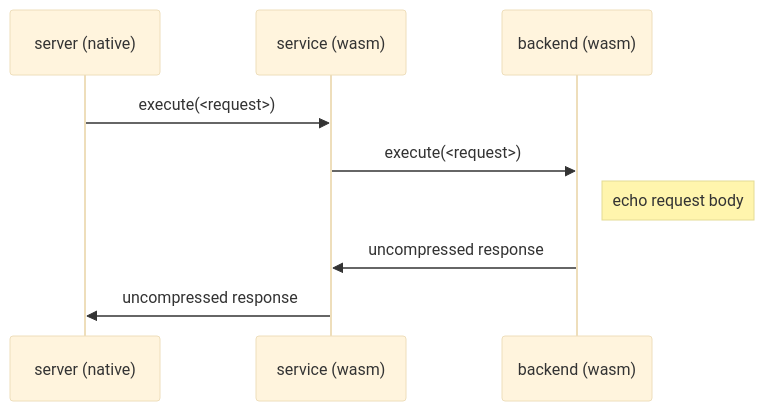
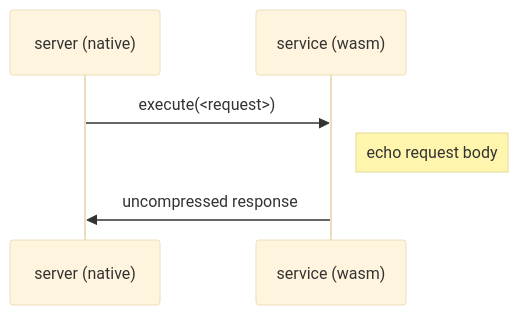
One commit to bytecodealliance/wasm-tools changed the first of 2 diagrams in crates/wasm-compose/example/README.md. Above: the diagram before and after it, drawn with Mermaid (base theme). The commit also changed other lines of this file and 9 other files, not shown here.

````diff
--- a/crates/wasm-compose/example/README.md
+++ b/crates/wasm-compose/example/README.md
@@ -56,11 +53,8 @@
 ```mermaid
 sequenceDiagram
     participant server (native)
     participant service (wasm)
-    participant backend (wasm)
     server (native)->>service (wasm): execute(<request>)
-    service (wasm)->>backend (wasm): execute(<request>)
-    Note right of backend (wasm): echo request body
-    backend (wasm)->>service (wasm): uncompressed response
+    Note right of service (wasm): echo request body
     service (wasm)->>server (native): uncompressed response
 ```
````
